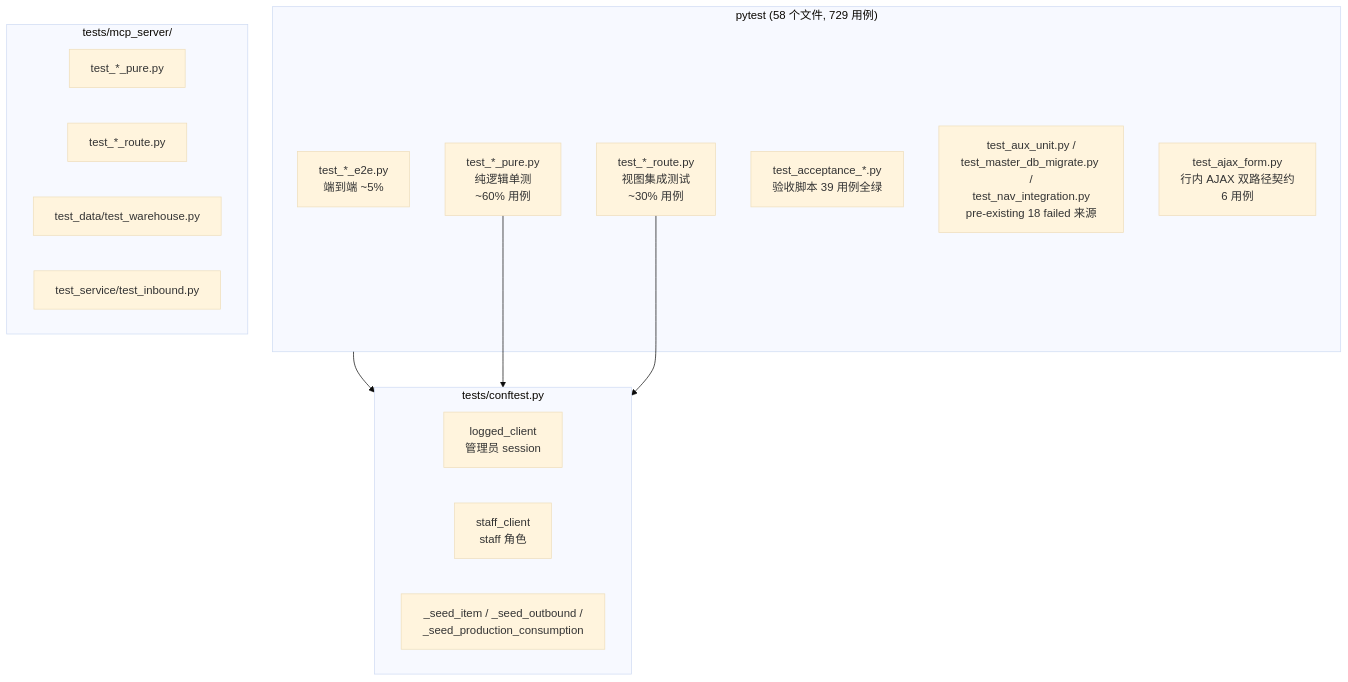
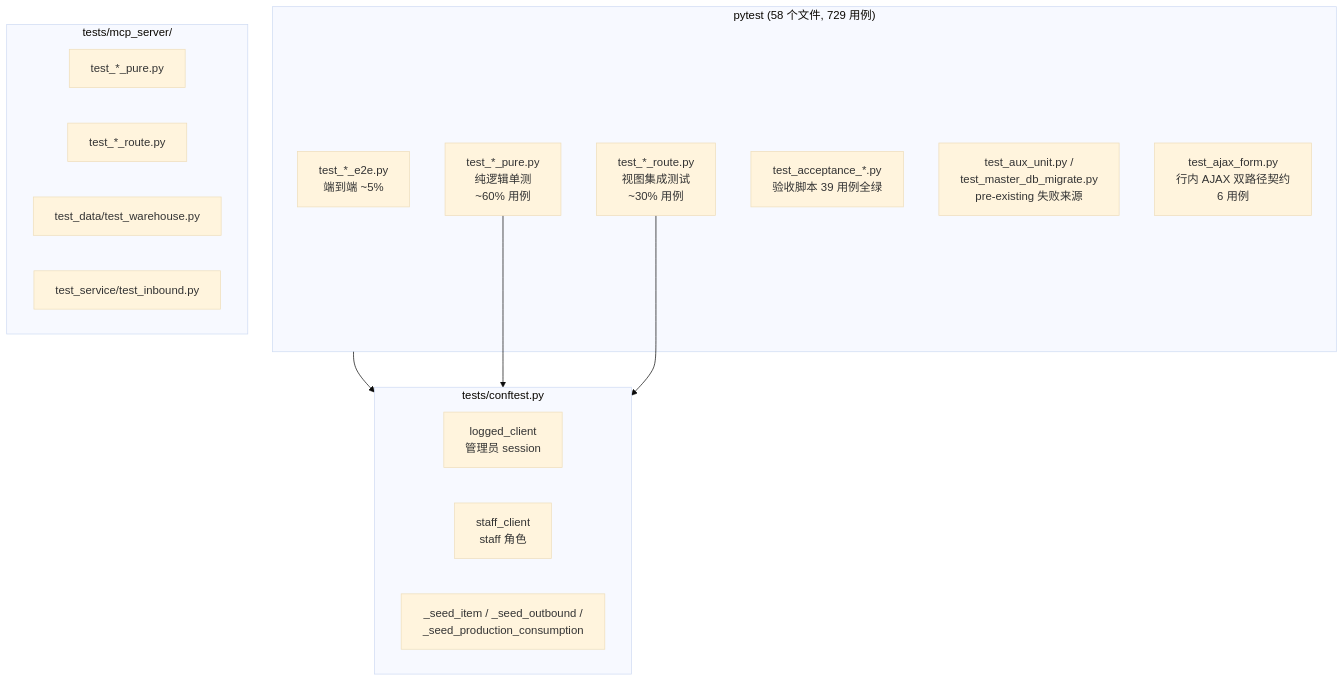
One commit to ericmr1981/DailyCheck changed diagram 17 of 17 in docs/ARCHITECTURE.md. Above: the diagram before and after it, drawn with Mermaid (base theme). The commit also changed other lines of this file and 9 other files, not shown here.

````diff
--- a/docs/ARCHITECTURE.md
+++ b/docs/ARCHITECTURE.md
@@ -796,28 +811,28 @@
 ```mermaid
 flowchart TB
     subgraph Pytest["pytest (58 个文件, 729 用例)"]
         Pure["test_*_pure.py<br/>纯逻辑单测<br/>~60% 用例"]
         Route["test_*_route.py<br/>视图集成测试<br/>~30% 用例"]
         E2E["test_*_e2e.py<br/>端到端 ~5%"]
         Acceptance["test_acceptance_*.py<br/>验收脚本 39 用例全绿"]
-        Aux["test_aux_unit.py /<br/>test_master_db_migrate.py /<br/>test_nav_integration.py<br/>pre-existing 18 failed 来源"]
+        Aux["test_aux_unit.py /<br/>test_master_db_migrate.py<br/>pre-existing 失败来源"]
         Ajax["test_ajax_form.py<br/>行内 AJAX 双路径契约<br/>6 用例"]
     end
 
     subgraph Conftest["tests/conftest.py"]
         LoggedClient["logged_client<br/>管理员 session"]
         StaffClient["staff_client<br/>staff 角色"]
         SeedHelpers["_seed_item / _seed_outbound /<br/>_seed_production_consumption"]
     end
 
     subgraph MCPTest["tests/mcp_server/"]
         MCPPure["test_*_pure.py"]
         MCPRoute["test_*_route.py"]
         MCPData["test_data/test_warehouse.py"]
         MCPService["test_service/test_inbound.py"]
     end
 
     Pytest --> Conftest
     Pure --> Conftest
     Route --> Conftest
 ```
````
